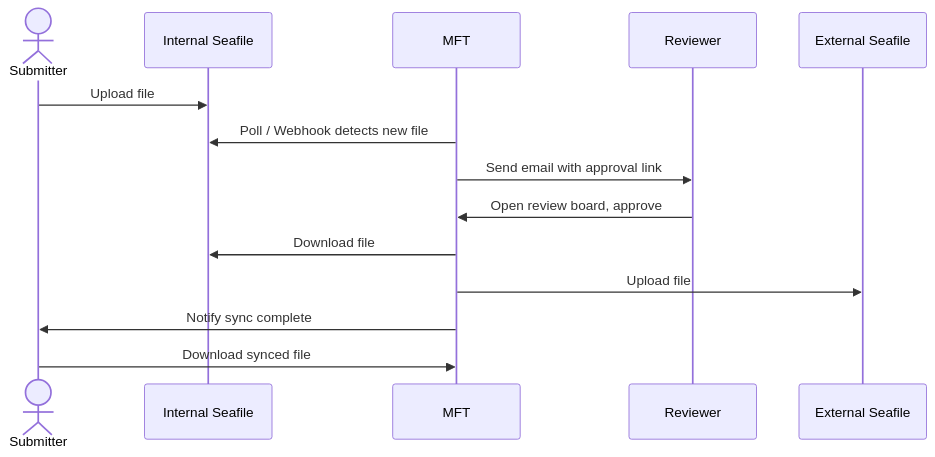
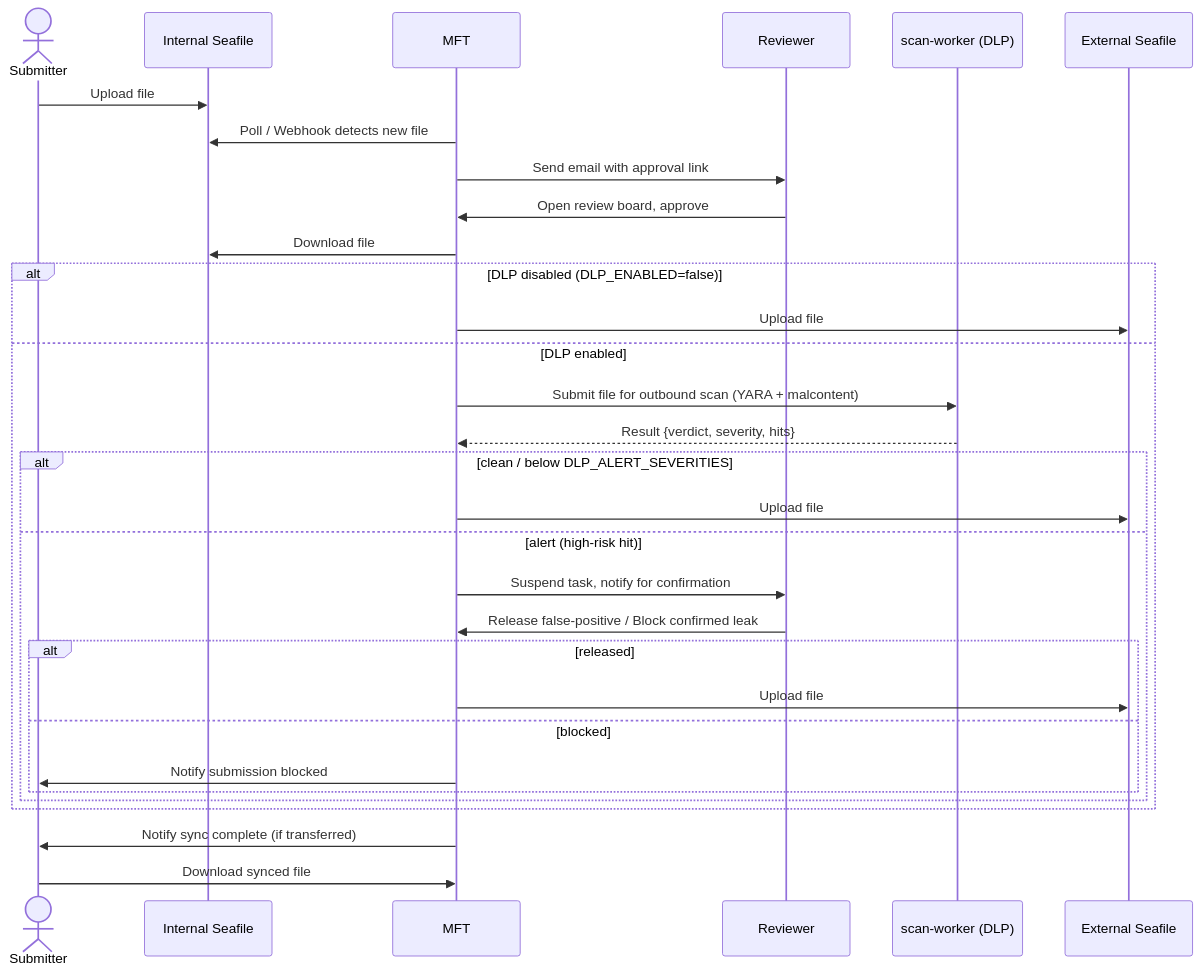
One commit to tangramor/Seafile-MFT changed the third of 3 diagrams in README.md. Above: the diagram before and after it, drawn with Mermaid. The commit also changed 1 other file, not shown here.

````diff
--- a/README.md
+++ b/README.md
@@ -455,17 +455,34 @@
 ```mermaid
 sequenceDiagram
     actor Submitter
     participant Intranet as Internal Seafile
     participant MFT
     participant Reviewer
+    participant DLP as scan-worker (DLP)
     participant Extranet as External Seafile
 
     Submitter->>Intranet: Upload file
     MFT->>Intranet: Poll / Webhook detects new file
     MFT->>Reviewer: Send email with approval link
     Reviewer->>MFT: Open review board, approve
     MFT->>Intranet: Download file
-    MFT->>Extranet: Upload file
-    MFT->>Submitter: Notify sync complete
+    alt DLP disabled (DLP_ENABLED=false)
+        MFT->>Extranet: Upload file
+    else DLP enabled
+        MFT->>DLP: Submit file for outbound scan (YARA + malcontent)
+        DLP-->>MFT: Result {verdict, severity, hits}
+        alt clean / below DLP_ALERT_SEVERITIES
+            MFT->>Extranet: Upload file
+        else alert (high-risk hit)
+            MFT->>Reviewer: Suspend task, notify for confirmation
+            Reviewer->>MFT: Release false-positive / Block confirmed leak
+            alt released
+                MFT->>Extranet: Upload file
+            else blocked
+                MFT->>Submitter: Notify submission blocked
+            end
+        end
+    end
+    MFT->>Submitter: Notify sync complete (if transferred)
     Submitter->>MFT: Download synced file
 ```
````
